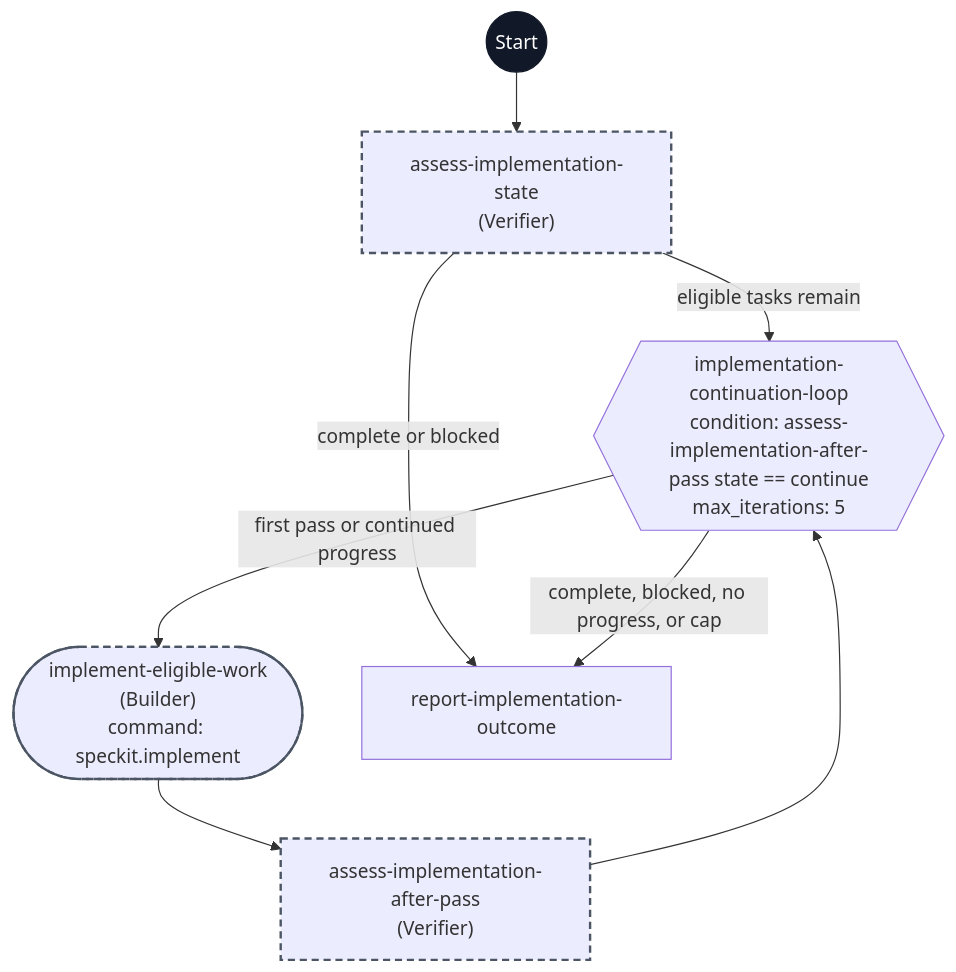
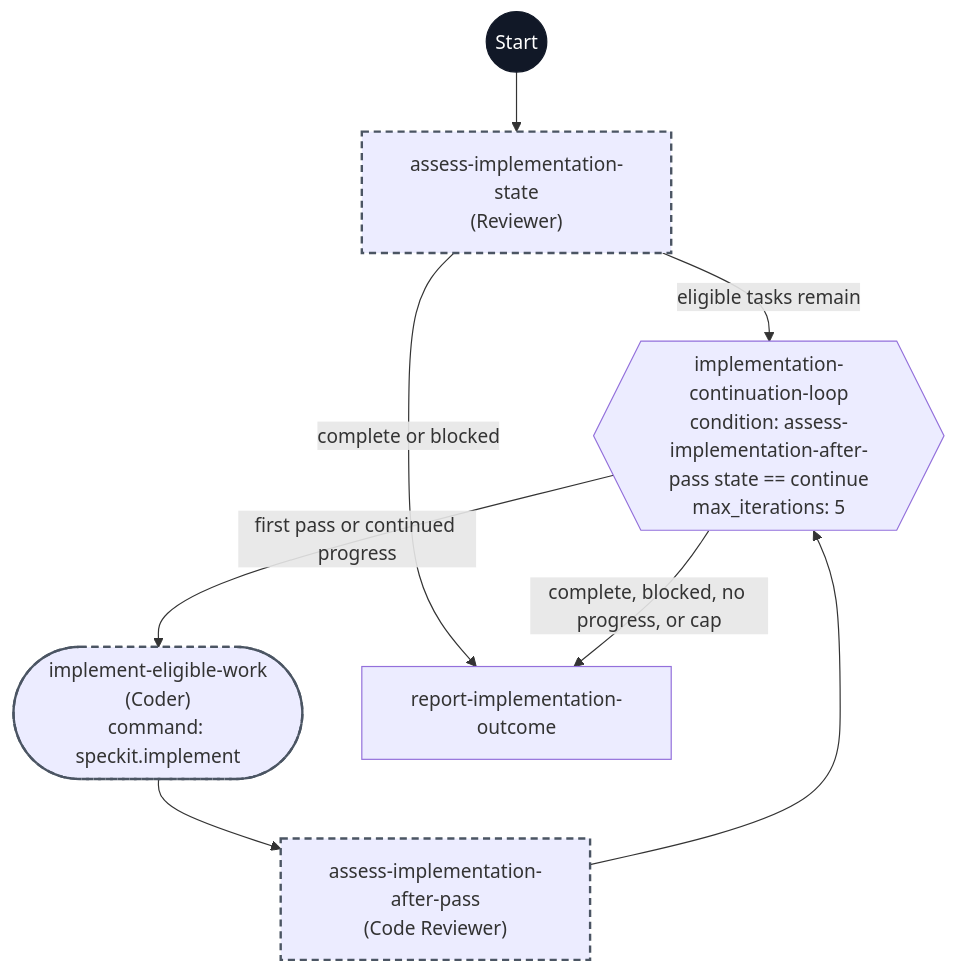
The diagram in workflows/speckit-flow-implement/flowchart.md (pegagio/spec-kit-flow), drawn with Mermaid before and after one commit. The commit also changed other lines of this file and 85 other files, not shown here.

Commit message:
Checkpoint flow-kit workflows

````diff
--- a/workflows/speckit-flow-implement/flowchart.md
+++ b/workflows/speckit-flow-implement/flowchart.md
@@ -7,20 +7,20 @@
 ```mermaid
 flowchart TD
     start((Start))
-    initial["assess-implementation-state<br/>(Verifier)"]
+    initial["assess-implementation-state<br/>(Reviewer)"]
     loop{{"implementation-continuation-loop<br/>condition: assess-implementation-after-pass state == continue<br/>max_iterations: 5"}}
-    implement(["implement-eligible-work<br/>(Builder)<br/>command: speckit.implement"])
-    assess["assess-implementation-after-pass<br/>(Verifier)"]
+    implement(["implement-eligible-work<br/>(Coder)<br/>command: speckit.implement"])
+    assess["assess-implementation-after-pass<br/>(Code Reviewer)"]
     report["report-implementation-outcome"]
 
     start --> initial
     initial -- eligible tasks remain --> loop
     initial -- complete or blocked --> report
     loop -- first pass or continued progress --> implement
     implement --> assess --> loop
     loop -- complete, blocked, no progress, or cap --> report
 
     classDef delegated stroke:#4b5563,stroke-width:2px,stroke-dasharray:6 4
     class initial,implement,assess delegated
     style start fill:#111827,stroke:#111827,color:#ffffff
 ```
````
